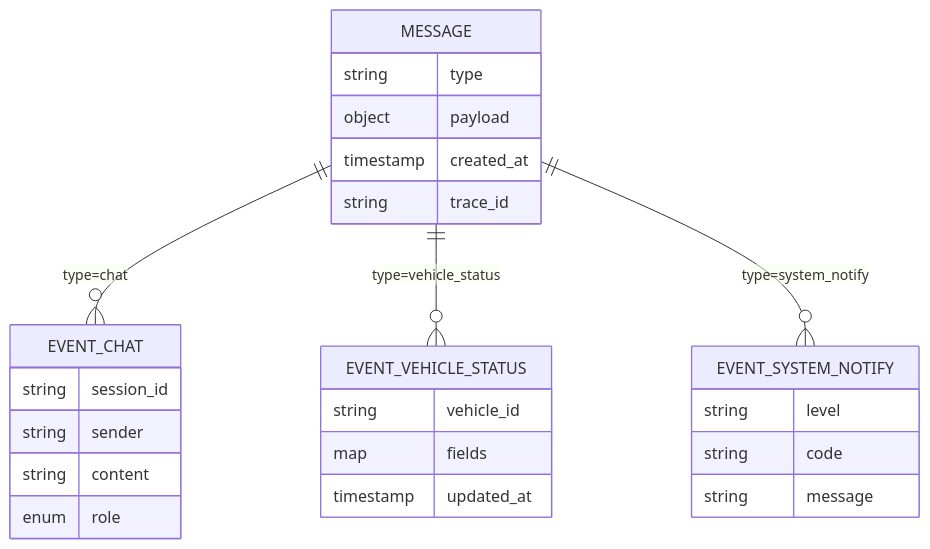
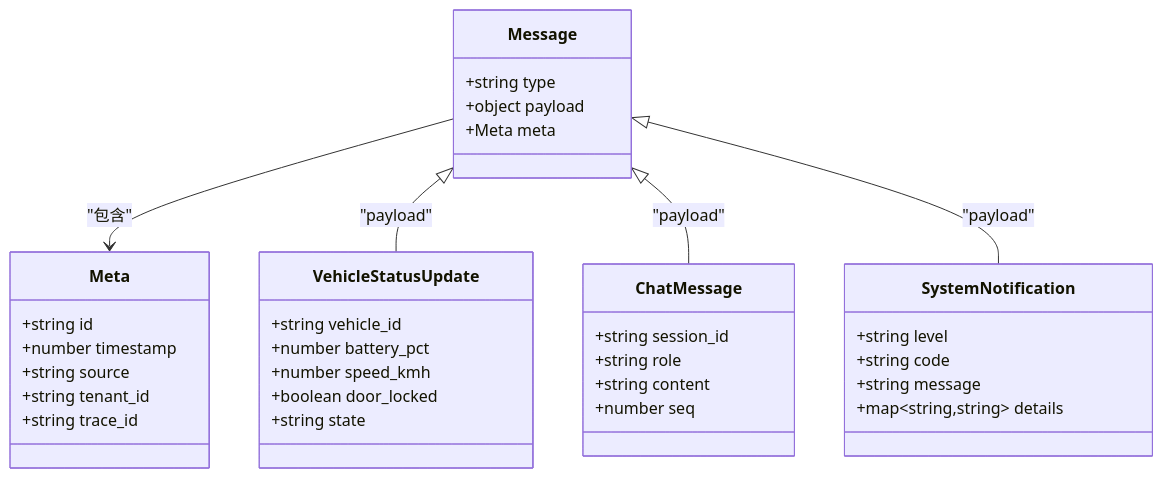
One commit to zmdhdu/NexusCockpit changed the fourth of 6 diagrams in .qoder/repowiki/zh/content/API接口文档/WebSocket实时通信接口.md. Above: the diagram before and after it, drawn with Mermaid. The commit also changed other lines of this file and 478 other files, not shown here.

````diff
--- a/.qoder/repowiki/zh/content/API接口文档/WebSocket实时通信接口.md
+++ b/.qoder/repowiki/zh/content/API接口文档/WebSocket实时通信接口.md
@@ -179,28 +173,38 @@
 ```mermaid
-erDiagram
-MESSAGE {
-string type
-object payload
-timestamp created_at
-string trace_id
+classDiagram
+class Message {
++string type
++object payload
++Meta meta
 }
-EVENT_CHAT {
-string session_id
-string sender
-string content
-enum role
+class Meta {
++string id
++number timestamp
++string source
++string tenant_id
++string trace_id
 }
-EVENT_VEHICLE_STATUS {
-string vehicle_id
-map fields
-timestamp updated_at
+class VehicleStatusUpdate {
++string vehicle_id
++number battery_pct
++number speed_kmh
++boolean door_locked
++string state
 }
-EVENT_SYSTEM_NOTIFY {
-string level
-string code
-string message
+class ChatMessage {
++string session_id
++string role
++string content
++number seq
 }
-MESSAGE ||--o{ EVENT_CHAT : "type=chat"
-MESSAGE ||--o{ EVENT_VEHICLE_STATUS : "type=vehicle_status"
-MESSAGE ||--o{ EVENT_SYSTEM_NOTIFY : "type=system_notify"
+class SystemNotification {
++string level
++string code
++string message
++map~string,string~ details
+}
+Message --> Meta : "包含"
+Message <|-- VehicleStatusUpdate : "payload"
+Message <|-- ChatMessage : "payload"
+Message <|-- SystemNotification : "payload"
 ```
````
